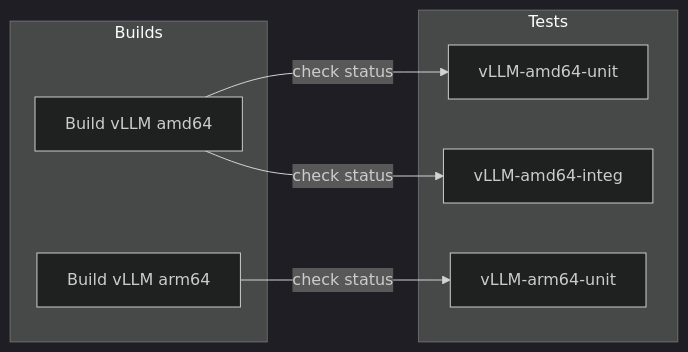
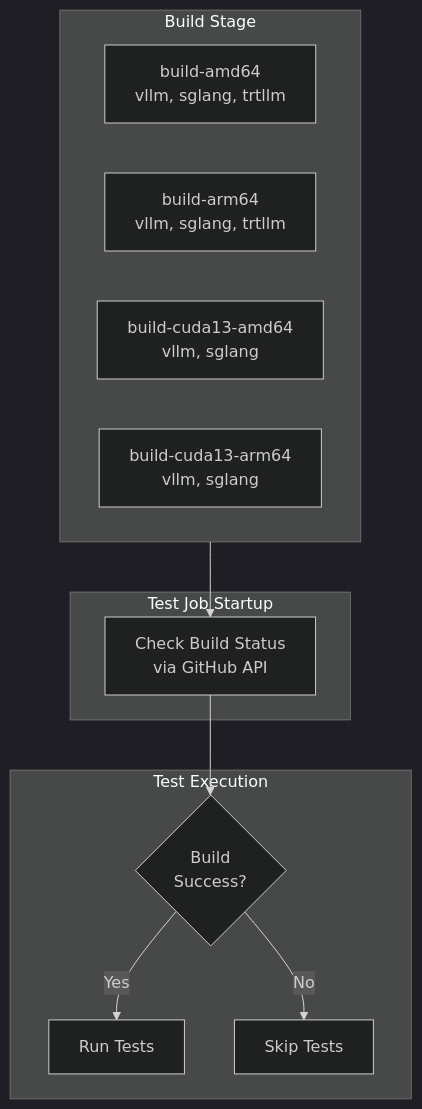
The third of 4 diagrams in .github/NIGHTLY_WORKFLOW.md (ai-dynamo/dynamo), drawn with Mermaid (dark theme) before and after one commit. The commit also changed other lines of this file and 2 other files, not shown here.

````diff
--- a/.github/NIGHTLY_WORKFLOW.md
+++ b/.github/NIGHTLY_WORKFLOW.md
@@ -110,17 +131,24 @@
 ```mermaid
-flowchart LR
-    subgraph Builds
-        B1[Build vLLM amd64]
-        B2[Build vLLM arm64]
+flowchart TD
+    subgraph Builds["Build Stage"]
+        B1[build-amd64<br/>vllm, sglang, trtllm]
+        B2[build-arm64<br/>vllm, sglang, trtllm]
+        B3[build-cuda13-amd64<br/>vllm, sglang]
+        B4[build-cuda13-arm64<br/>vllm, sglang]
     end
 
-    subgraph Tests
-        T1[vLLM-amd64-unit]
-        T2[vLLM-amd64-integ]
-        T3[vLLM-arm64-unit]
+    subgraph TestCheck["Test Job Startup"]
+        C1[Check Build Status<br/>via GitHub API]
     end
 
-    B1 -->|check status| T1
-    B1 -->|check status| T2
-    B2 -->|check status| T3
+    subgraph TestExec["Test Execution"]
+        E1{Build<br/>Success?}
+        E2[Run Tests]
+        E3[Skip Tests]
+    end
+
+    Builds --> C1
+    C1 --> E1
+    E1 -->|Yes| E2
+    E1 -->|No| E3
 ```
````
